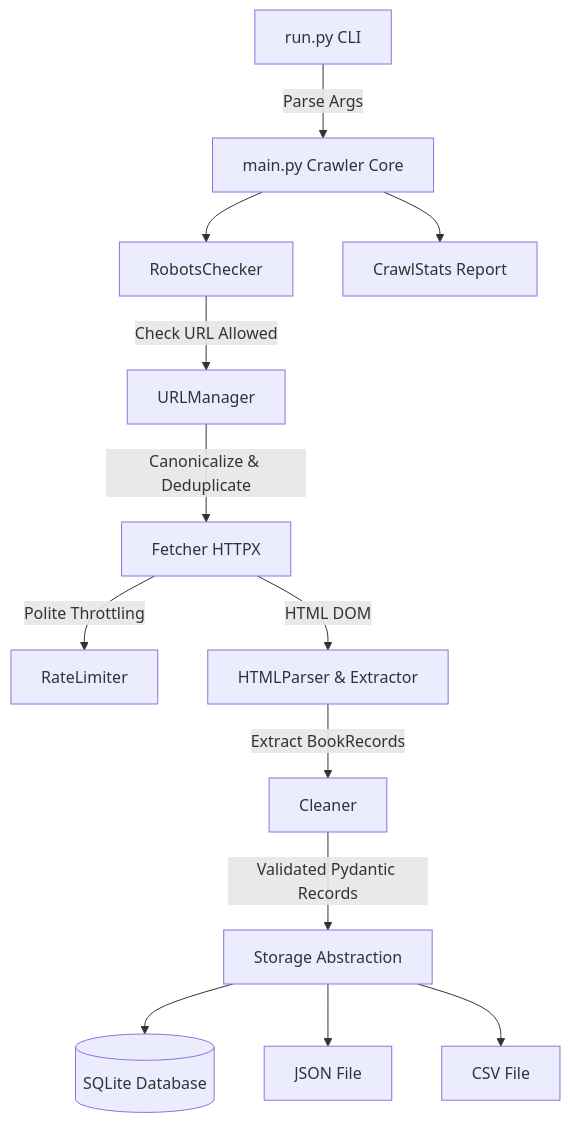
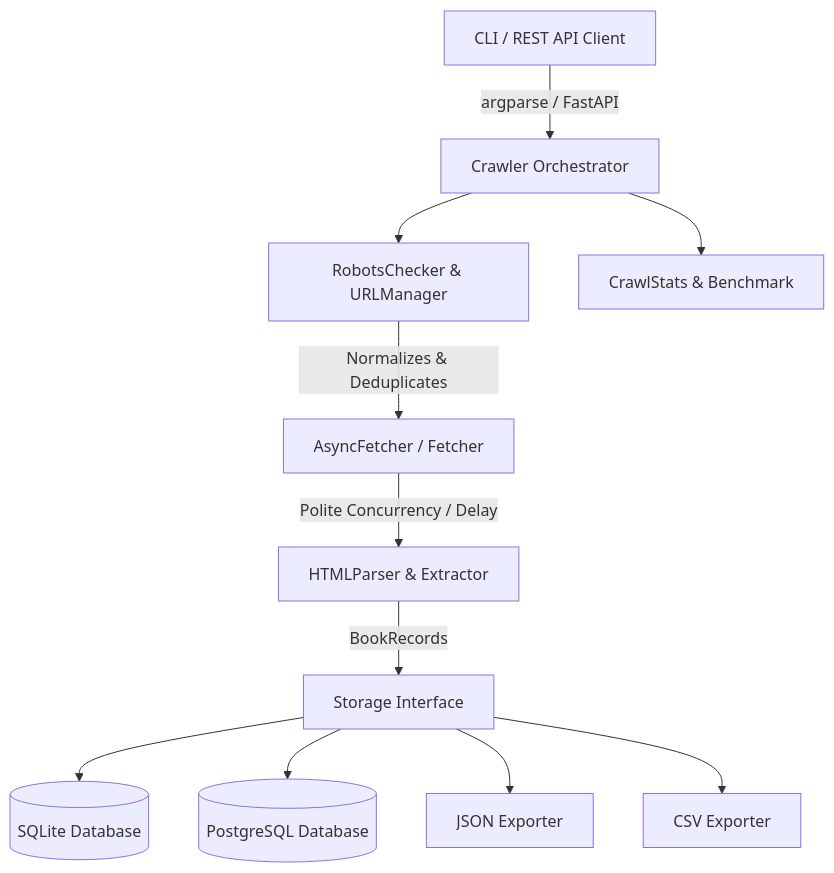
One commit to Abhi-T-A/polite-web-crawler changed the diagram in README.md. Above: the diagram before and after it, drawn with Mermaid. The commit also changed other lines of this file and 2 other files, not shown here.

Commit message:
feat: complete Phase 3 scalability (Async engine, PostgreSQL ORM, FastAPI REST service & Benchmarking)

````diff
--- a/README.md
+++ b/README.md
@@ -22,15 +25,13 @@
 ```mermaid
 flowchart TD
-    A[run.py CLI] -->|Parse Args| B[main.py Crawler Core]
-    B --> C[RobotsChecker]
-    C -->|Check URL Allowed| D[URLManager]
-    D -->|Canonicalize & Deduplicate| E[Fetcher HTTPX]
-    E -->|Polite Throttling| F[RateLimiter]
-    E -->|HTML DOM| G[HTMLParser & Extractor]
-    G -->|Extract BookRecords| H[Cleaner]
-    H -->|Validated Pydantic Records| I[Storage Abstraction]
-    I --> J[(SQLite Database)]
-    I --> K[JSON File]
-    I --> L[CSV File]
-    B --> M[CrawlStats Report]
+    A[CLI / REST API Client] -->|argparse / FastAPI| B[Crawler Orchestrator]
+    B --> C[RobotsChecker & URLManager]
+    C -->|Normalizes & Deduplicates| D[AsyncFetcher / Fetcher]
+    D -->|Polite Concurrency / Delay| E[HTMLParser & Extractor]
+    E -->|BookRecords| F[Storage Interface]
+    F --> G[(SQLite Database)]
+    F --> H[(PostgreSQL Database)]
+    F --> I[JSON Exporter]
+    F --> J[CSV Exporter]
+    B --> K[CrawlStats & Benchmark]
 ```
````
